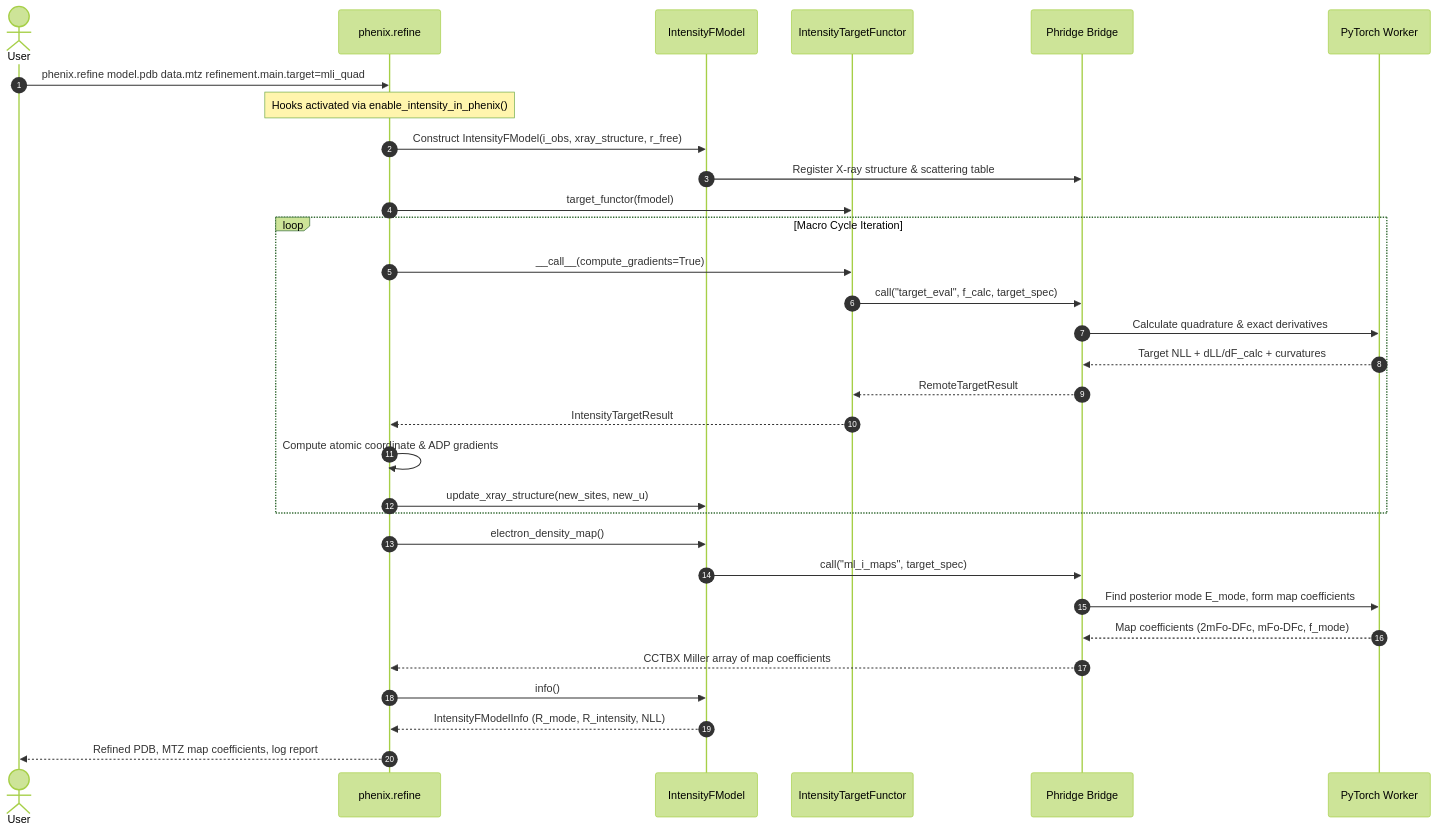
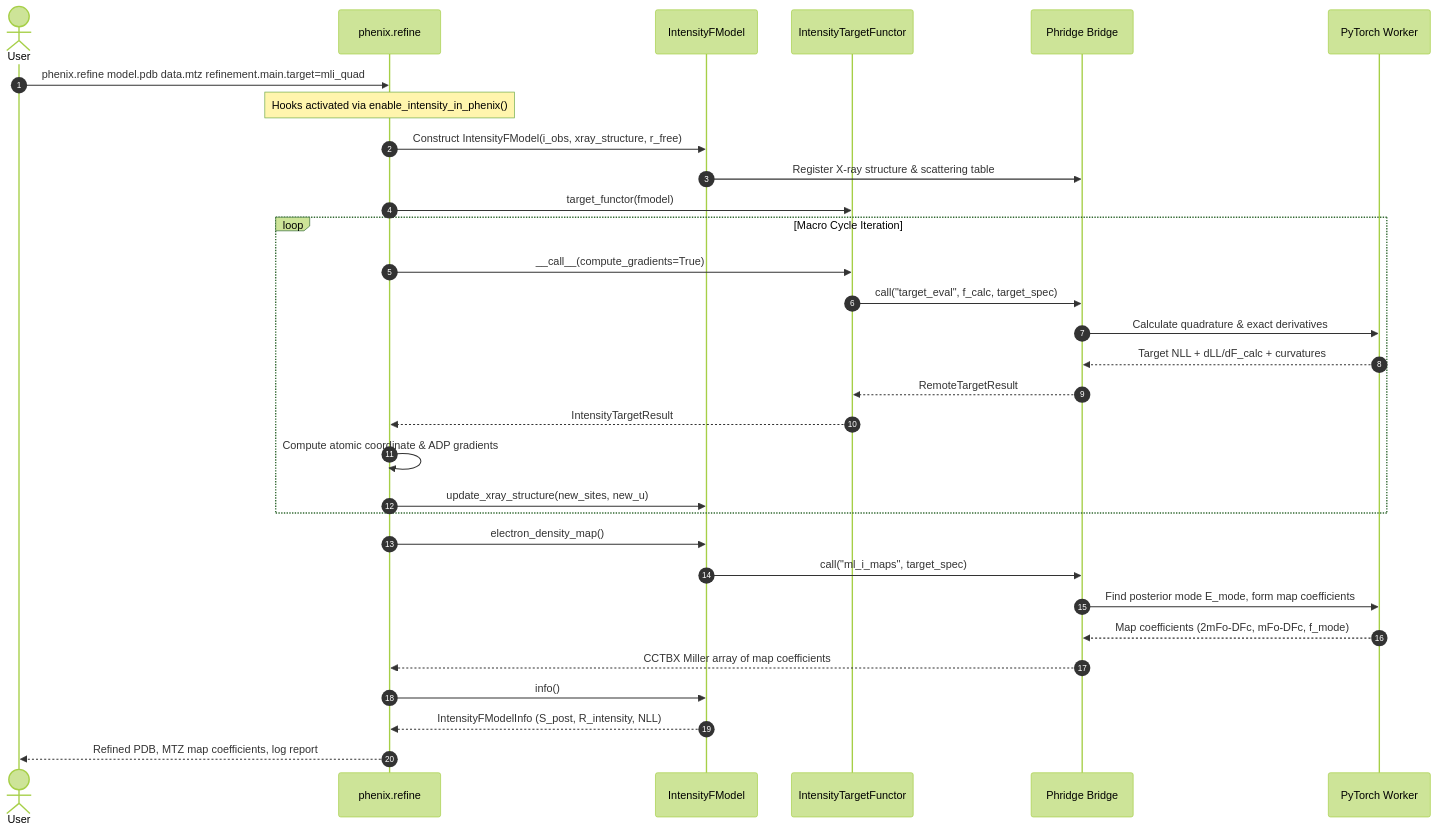
One commit to phzwart/phridge changed the second of 2 diagrams in docs/phenix_refine_integration.md. Above: the diagram before and after it, drawn with Mermaid (forest theme). The commit also changed other lines of this file and 23 other files, not shown here.

````diff
--- a/docs/phenix_refine_integration.md
+++ b/docs/phenix_refine_integration.md
@@ -190,34 +195,34 @@
 ```mermaid
 sequenceDiagram
     autonumber
     actor User
     participant PR as phenix.refine
     participant FM as IntensityFModel
     participant TF as IntensityTargetFunctor
     participant BR as Phridge Bridge
     participant WK as PyTorch Worker
 
     User->>PR: phenix.refine model.pdb data.mtz refinement.main.target=mli_quad
     Note over PR: Hooks activated via enable_intensity_in_phenix()
     PR->>FM: Construct IntensityFModel(i_obs, xray_structure, r_free)
     FM->>BR: Register X-ray structure & scattering table
     PR->>TF: target_functor(fmodel)
     loop Macro Cycle Iteration
         PR->>TF: __call__(compute_gradients=True)
         TF->>BR: call("target_eval", f_calc, target_spec)
         BR->>WK: Calculate quadrature & exact derivatives
         WK-->>BR: Target NLL + dLL/dF_calc + curvatures
         BR-->>TF: RemoteTargetResult
         TF-->>PR: IntensityTargetResult
         PR->>PR: Compute atomic coordinate & ADP gradients
         PR->>FM: update_xray_structure(new_sites, new_u)
     end
     PR->>FM: electron_density_map()
     FM->>BR: call("ml_i_maps", target_spec)
     BR->>WK: Find posterior mode E_mode, form map coefficients
     WK-->>BR: Map coefficients (2mFo-DFc, mFo-DFc, f_mode)
     BR-->>PR: CCTBX Miller array of map coefficients
     PR->>FM: info()
-    FM-->>PR: IntensityFModelInfo (R_mode, R_intensity, NLL)
+    FM-->>PR: IntensityFModelInfo (S_post, R_intensity, NLL)
     PR-->>User: Refined PDB, MTZ map coefficients, log report
 ```
````
